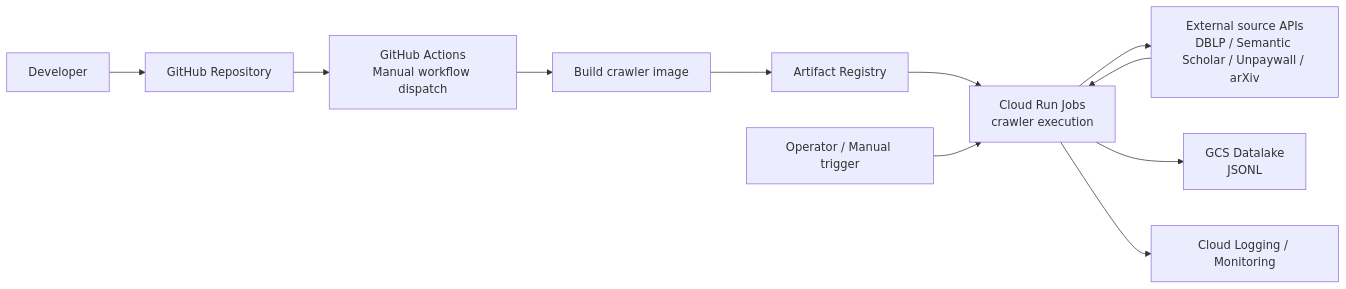
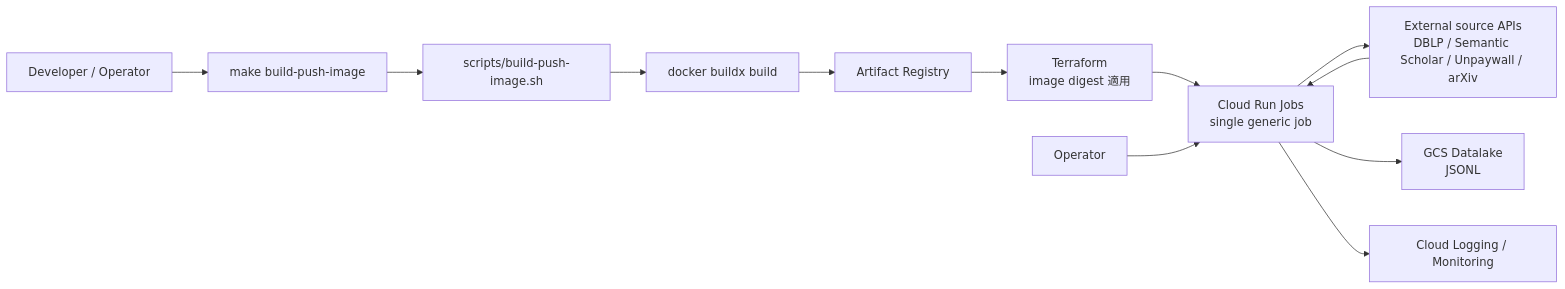
The second of 2 diagrams in workflows/crawler/README.md (haru-256/devgist), drawn with Mermaid before and after one commit. The commit also changed other lines of this file and 1 other file, not shown here.

First line of the commit message:
docs(crawler): update README and remove stale config (#79)

````diff
--- a/workflows/crawler/README.md
+++ b/workflows/crawler/README.md
@@ -72,13 +76,14 @@
 ```mermaid
 graph LR
-    Dev[Developer] --> GitHub[GitHub Repository]
-    GitHub --> GHA[GitHub Actions<br/>Manual workflow dispatch]
-    GHA --> Build[Build crawler image]
+    Dev[Developer / Operator] --> Make[make build-push-image]
+    Make --> Script[scripts/build-push-image.sh]
+    Script --> Build[docker buildx build]
     Build --> AR[Artifact Registry]
-    AR --> CRJ[Cloud Run Jobs<br/>crawler execution]
-    Operator[Operator / Manual trigger] --> CRJ
+    AR --> TF[Terraform<br/>image digest 適用]
+    TF --> CRJ[Cloud Run Jobs<br/>single generic job]
+    Operator[Operator] --> CRJ
     CRJ --> APIs[External source APIs<br/>DBLP / Semantic Scholar / Unpaywall / arXiv]
     APIs --> CRJ
     CRJ --> GCS[GCS Datalake<br/>JSONL]
     CRJ --> Logs[Cloud Logging / Monitoring]
 ```
````
